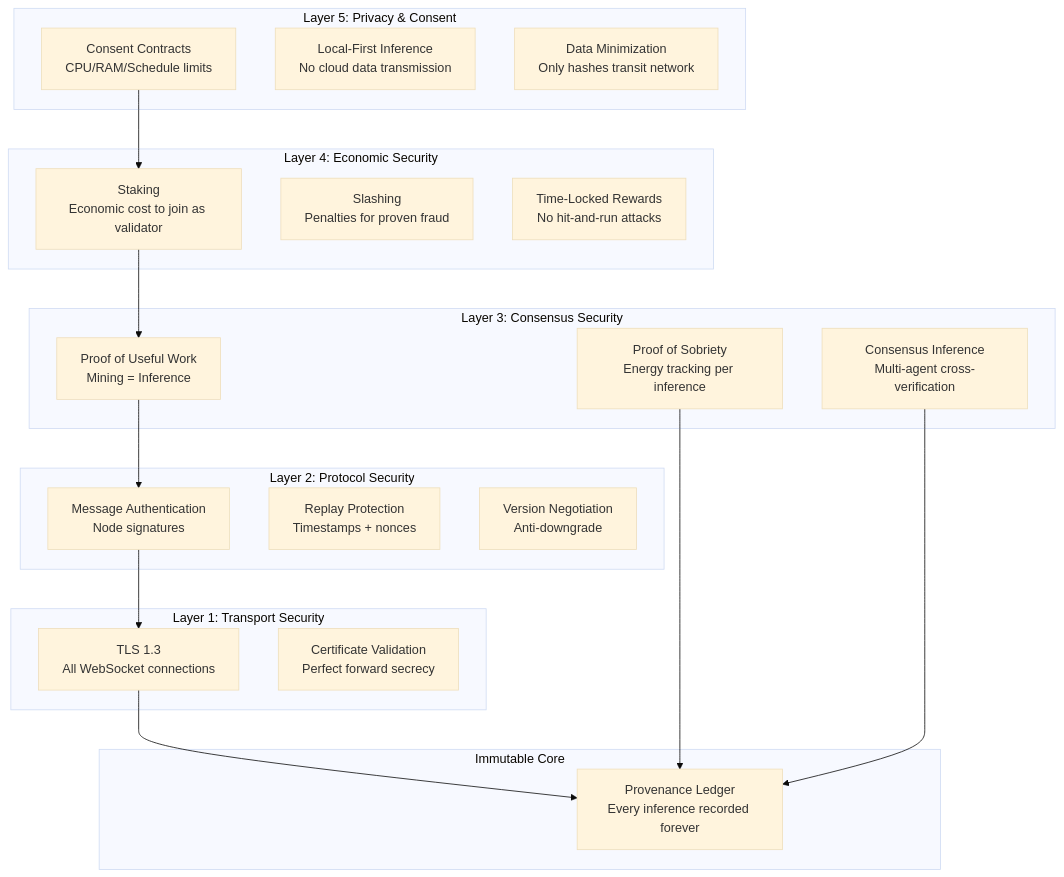
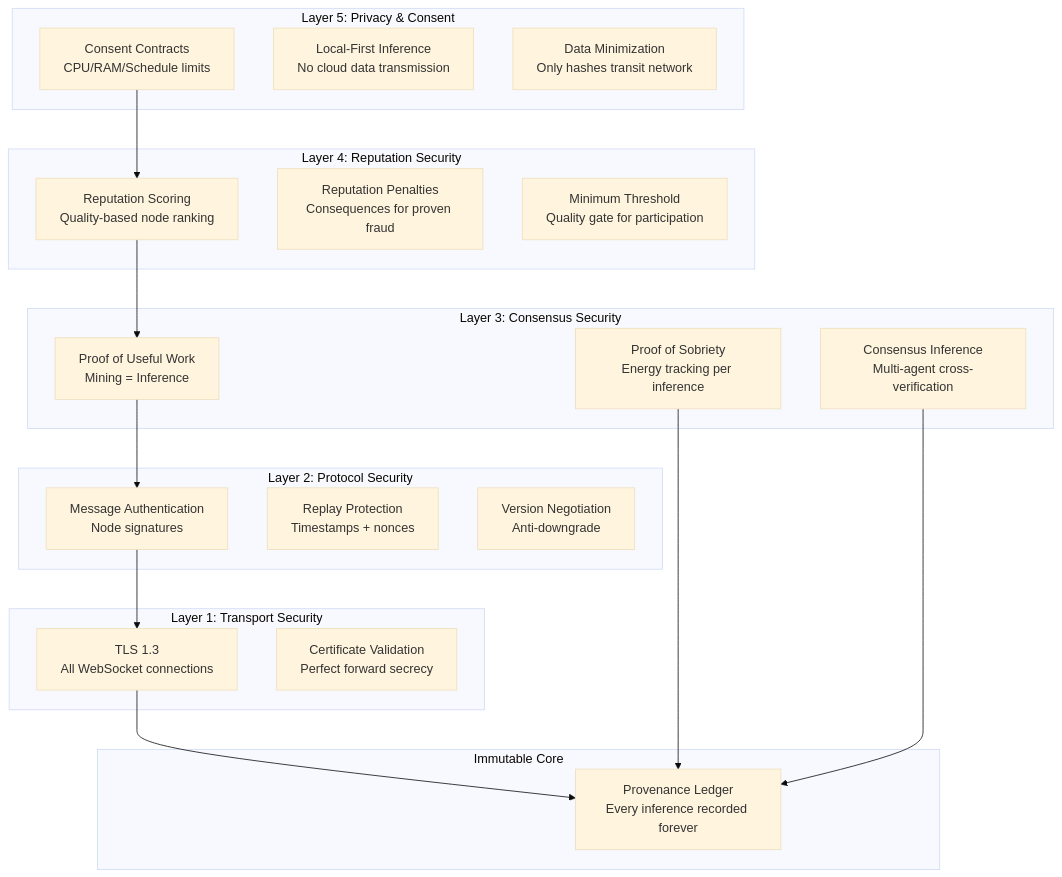
One commit to spmfrance-cloud/aria-protocol changed the diagram in docs/security-architecture.md. Above: the diagram before and after it, drawn with Mermaid (base theme). The commit also changed other lines of this file and 4 other files, not shown here.

````diff
--- a/docs/security-architecture.md
+++ b/docs/security-architecture.md
@@ -7,43 +7,43 @@
 ```mermaid
 graph TB
     subgraph "Layer 5: Privacy & Consent"
         C1[Consent Contracts<br/>CPU/RAM/Schedule limits]
         C2[Local-First Inference<br/>No cloud data transmission]
         C3[Data Minimization<br/>Only hashes transit network]
     end
 
-    subgraph "Layer 4: Economic Security"
-        E1[Staking<br/>Economic cost to join as validator]
-        E2[Slashing<br/>Penalties for proven fraud]
-        E3[Time-Locked Rewards<br/>No hit-and-run attacks]
+    subgraph "Layer 4: Reputation Security"
+        E1[Reputation Scoring<br/>Quality-based node ranking]
+        E2[Reputation Penalties<br/>Consequences for proven fraud]
+        E3[Minimum Threshold<br/>Quality gate for participation]
     end
 
     subgraph "Layer 3: Consensus Security"
         CS1[Proof of Useful Work<br/>Mining = Inference]
         CS2[Proof of Sobriety<br/>Energy tracking per inference]
         CS3[Consensus Inference<br/>Multi-agent cross-verification]
     end
 
     subgraph "Layer 2: Protocol Security"
         P1[Message Authentication<br/>Node signatures]
         P2[Replay Protection<br/>Timestamps + nonces]
         P3[Version Negotiation<br/>Anti-downgrade]
     end
 
     subgraph "Layer 1: Transport Security"
         T1[TLS 1.3<br/>All WebSocket connections]
         T2[Certificate Validation<br/>Perfect forward secrecy]
     end
 
     subgraph "Immutable Core"
         L1[Provenance Ledger<br/>Every inference recorded forever]
     end
 
     C1 --> E1
     E1 --> CS1
     CS1 --> P1
     P1 --> T1
     T1 --> L1
     CS2 --> L1
     CS3 --> L1
 ```
````
